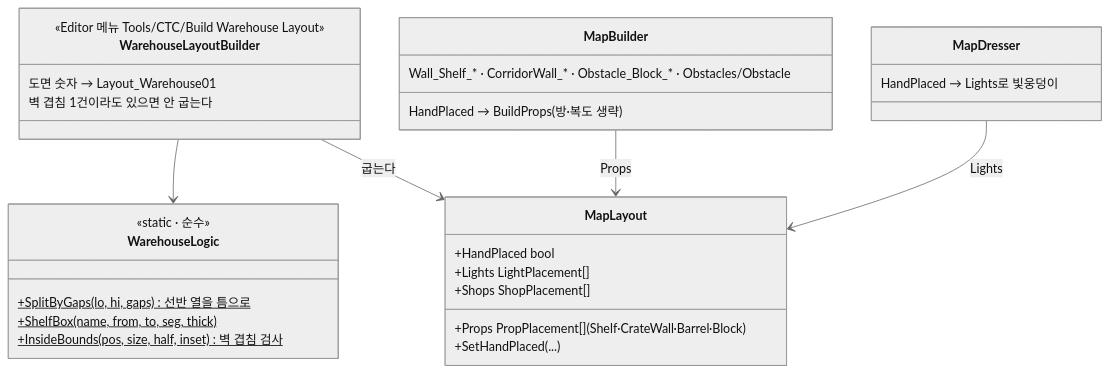
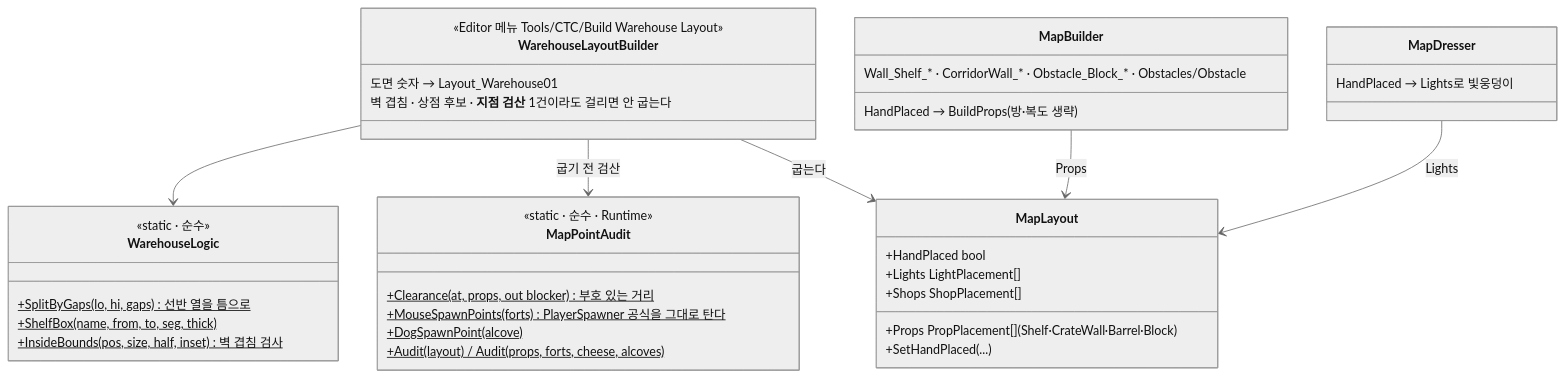
The sixth of 42 diagrams in CTC/docs/design-vault/코드 다이어그램.md (JeahanPark/The-Cheese-Thief-and-the-Cat), drawn with Mermaid (neutral theme) before and after one commit. The commit also changed other lines of this file and 11 other files, not shown here.

````diff
--- a/CTC/docs/design-vault/코드 다이어그램.md
+++ b/CTC/docs/design-vault/코드 다이어그램.md
@@ -239,32 +239,40 @@
 ```mermaid
 classDiagram
   class MapLayout {
     +HandPlaced bool
     +Props PropPlacement[] (Shelf·CrateWall·Barrel·Block)
     +Lights LightPlacement[]
     +Shops ShopPlacement[]
     +SetHandPlaced(...)
   }
   class WarehouseLogic {
     <<static · 순수>>
     +SplitByGaps(lo, hi, gaps)$ 선반 열을 틈으로
     +ShelfBox(name, from, to, seg, thick)$
     +InsideBounds(pos, size, half, inset)$ 벽 겹침 검사
   }
   class WarehouseLayoutBuilder {
     <<Editor 메뉴 Tools/CTC/Build Warehouse Layout>>
     도면 숫자 → Layout_Warehouse01
-    벽 겹침 1건이라도 있으면 안 굽는다
+    벽 겹침 · 상점 후보 · **지점 검산** 1건이라도 걸리면 안 굽는다
+  }
+  class MapPointAudit {
+    <<static · 순수 · Runtime>>
+    +Clearance(at, props, out blocker)$ 부호 있는 거리
+    +MouseSpawnPoints(forts)$ PlayerSpawner 공식을 그대로 탄다
+    +DogSpawnPoint(alcove)$
+    +Audit(layout) / Audit(props, forts, cheese, alcoves)$
   }
   class MapBuilder {
     HandPlaced → BuildProps (방·복도 생략)
     Wall_Shelf_* · CorridorWall_* · Obstacle_Block_* · Obstacles/Obstacle
   }
   class MapDresser {
     HandPlaced → Lights로 빛웅덩이
   }
   WarehouseLayoutBuilder --> WarehouseLogic
+  WarehouseLayoutBuilder --> MapPointAudit : 굽기 전 검산
   WarehouseLayoutBuilder --> MapLayout : 굽는다
   MapBuilder --> MapLayout : Props
   MapDresser --> MapLayout : Lights
 ```
````
